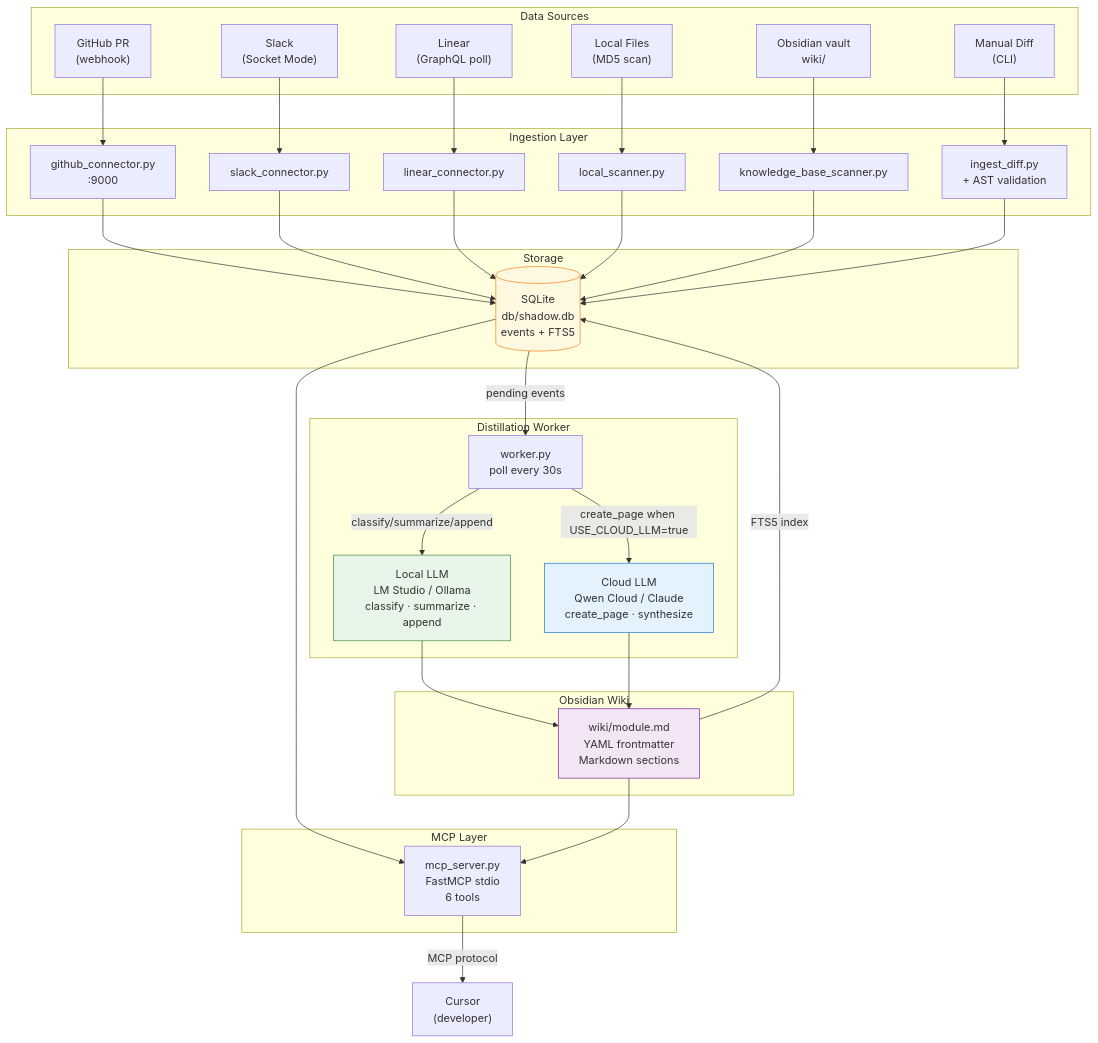
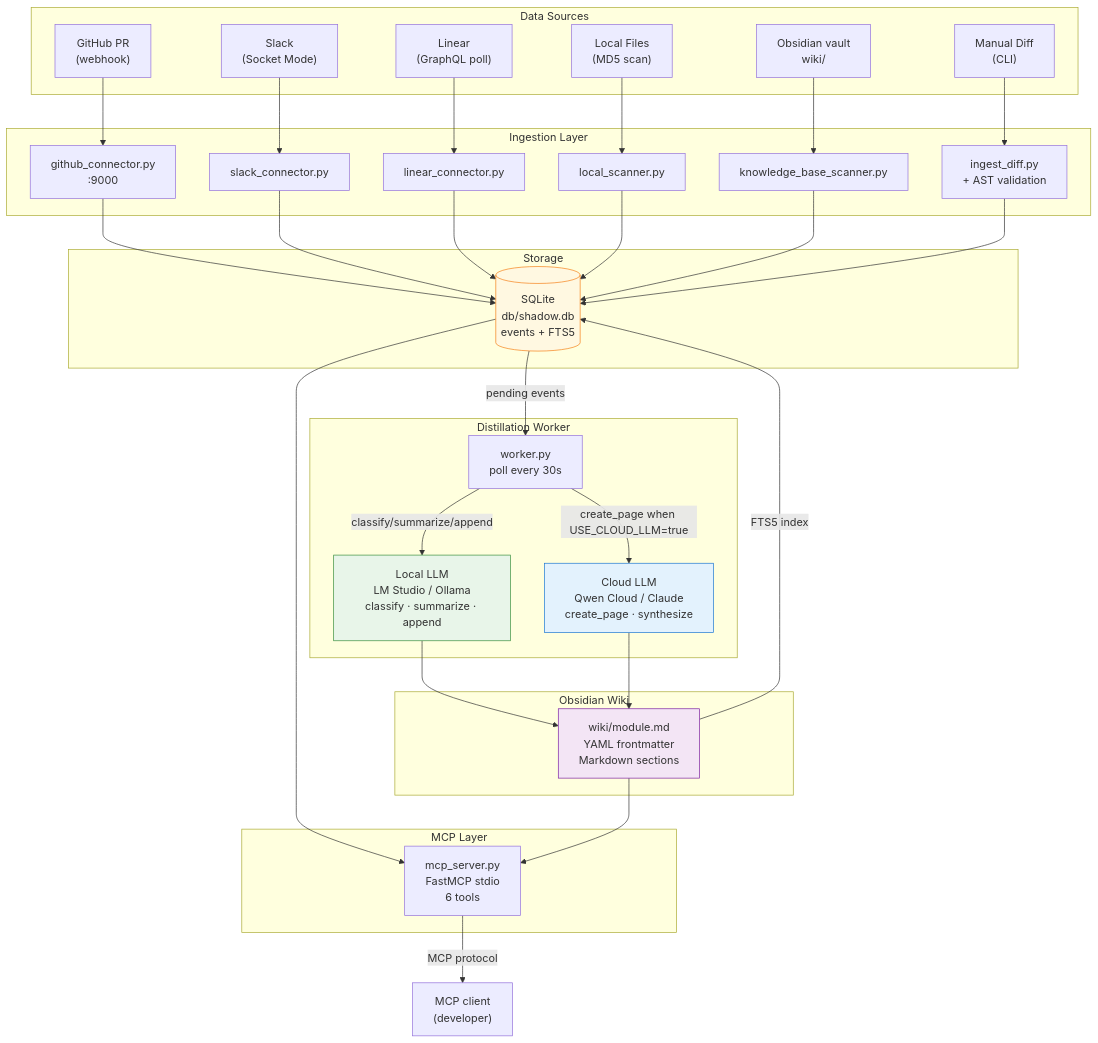
One commit to thomaschen-tw/shadow-wiki changed the diagram in docs/architecture.md. Above: the diagram before and after it, drawn with Mermaid. The commit also changed other lines of this file and 21 other files, not shown here.

````diff
--- a/docs/architecture.md
+++ b/docs/architecture.md
@@ -83,65 +84,65 @@
 ```mermaid
 flowchart TD
     subgraph sources["Data Sources"]
         GH["GitHub PR\n(webhook)"]
         SL["Slack\n(Socket Mode)"]
         LI["Linear\n(GraphQL poll)"]
         FS["Local Files\n(MD5 scan)"]
         KB["Obsidian vault\nwiki/"]
         CLI["Manual Diff\n(CLI)"]
     end
 
     subgraph ingest["Ingestion Layer"]
         GH_C["github_connector.py\n:9000"]
         SL_C["slack_connector.py"]
         LI_C["linear_connector.py"]
         LS_C["local_scanner.py"]
         KB_C["knowledge_base_scanner.py"]
         ID["ingest_diff.py\n+ AST validation"]
     end
 
     subgraph storage["Storage"]
         DB[("SQLite\ndb/shadow.db\nevents + FTS5")]
     end
 
     subgraph worker["Distillation Worker"]
         W["worker.py\npoll every 30s"]
         LOCAL["Local LLM\nLM Studio / Ollama\nclassify · summarize · append"]
         CLOUD["Cloud LLM\nQwen Cloud / Claude\ncreate_page · synthesize"]
     end
 
     subgraph wiki["Obsidian Wiki"]
         MD["wiki/module.md\nYAML frontmatter\nMarkdown sections"]
     end
 
     subgraph mcp["MCP Layer"]
         MCP["mcp_server.py\nFastMCP stdio\n6 tools"]
     end
 
-    CC["Cursor\n(developer)"]
+    CC["MCP client\n(developer)"]
 
     GH --> GH_C
     SL --> SL_C
     LI --> LI_C
     FS --> LS_C
     KB --> KB_C
     CLI --> ID
 
     GH_C & SL_C & LI_C & LS_C & KB_C & ID --> DB
 
     DB -->|pending events| W
     W -->|classify/summarize/append| LOCAL
     W -->|create_page when USE_CLOUD_LLM=true| CLOUD
 
     LOCAL & CLOUD --> MD
     MD -->|FTS5 index| DB
 
     DB --> MCP
     MD --> MCP
     MCP -->|MCP protocol| CC
 
     style LOCAL fill:#e8f5e9,stroke:#388e3c
     style CLOUD fill:#e3f2fd,stroke:#1976d2
     style DB fill:#fff8e1,stroke:#f57f17
     style MD fill:#f3e5f5,stroke:#7b1fa2
 ```
````
